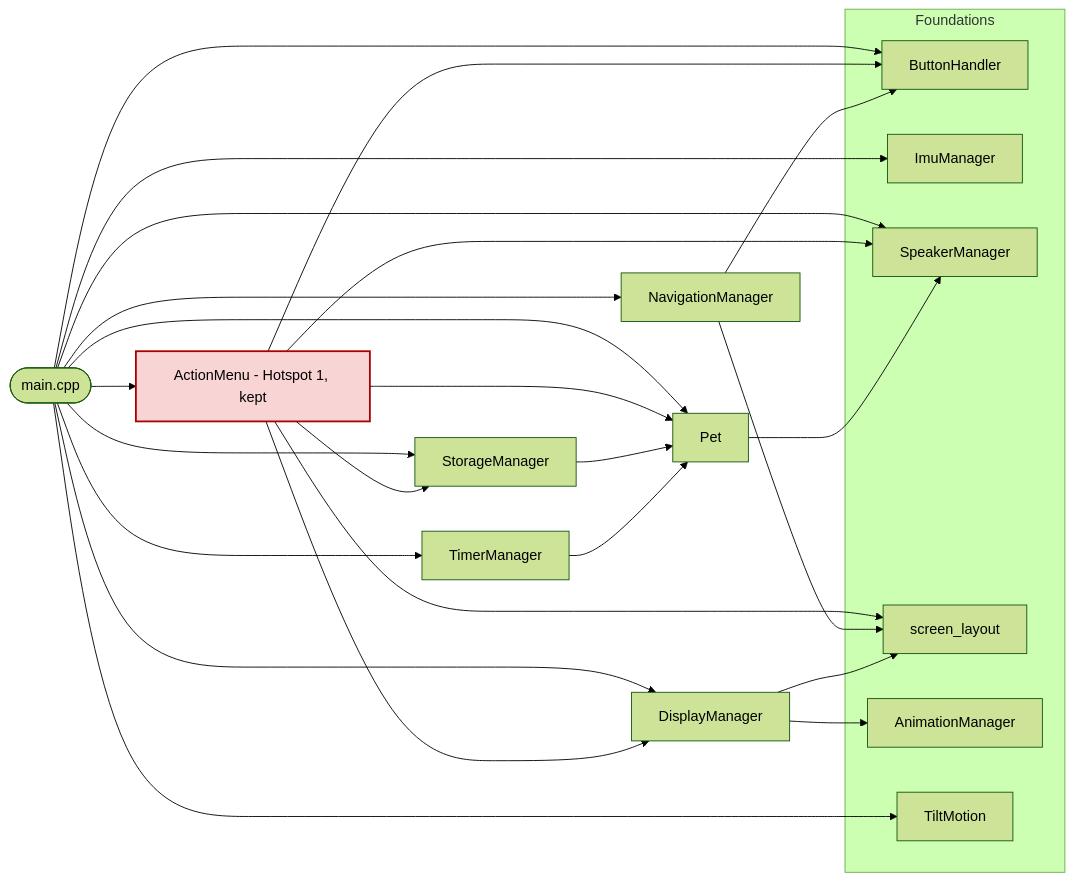
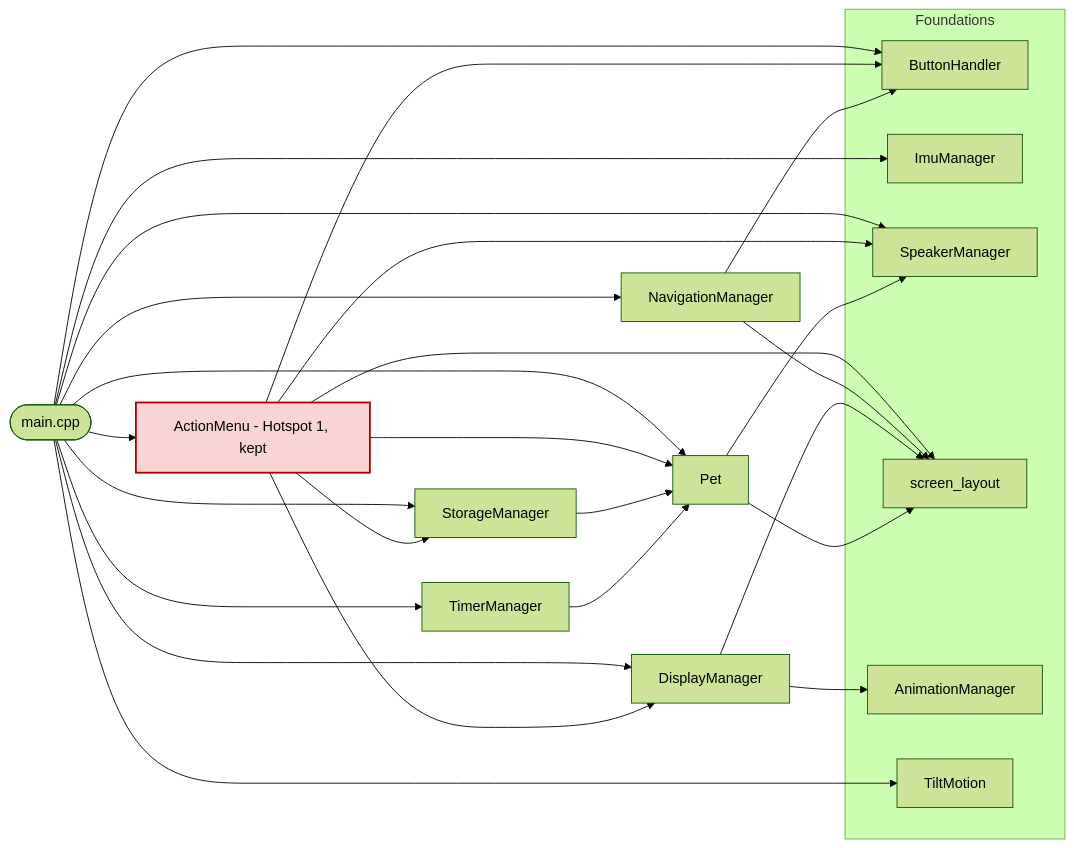
Before and after one commit to Hal9004/vitrual-pet: the diagram in virtual-pet/DEV_ROADMAP.md, drawn with Mermaid (forest theme). The commit also changed other lines of this file and 4 other files, not shown here.

````diff
--- a/virtual-pet/DEV_ROADMAP.md
+++ b/virtual-pet/DEV_ROADMAP.md
@@ -1241,49 +1249,50 @@
 ```mermaid
 graph LR
     Main([main.cpp])
 
     subgraph Foundations
         Button[ButtonHandler]
         IMU[ImuManager]
         Speaker[SpeakerManager]
         Layout[screen_layout]
         Anim[AnimationManager]
         Tilt[TiltMotion]
     end
 
     Pet[Pet]
     Timer[TimerManager]
     Storage[StorageManager]
     Display[DisplayManager]
     Nav[NavigationManager]
     Menu[ActionMenu - Hotspot 1, kept]
 
     Pet --> Speaker
+    Pet --> Layout
     Timer --> Pet
     Storage --> Pet
     Display --> Layout
     Display --> Anim
     Nav --> Layout
     Nav --> Button
 
     Menu --> Pet
     Menu --> Display
     Menu --> Layout
     Menu --> Button
     Menu --> Speaker
     Menu --> Storage
 
     Main --> Pet
     Main --> Display
     Main --> Button
     Main --> Menu
     Main --> Nav
     Main --> Timer
     Main --> IMU
     Main --> Speaker
     Main --> Storage
     Main --> Tilt
 
     classDef hotspot fill:#f8d4d4,stroke:#a00,stroke-width:2px
     class Menu hotspot
 ```
````
